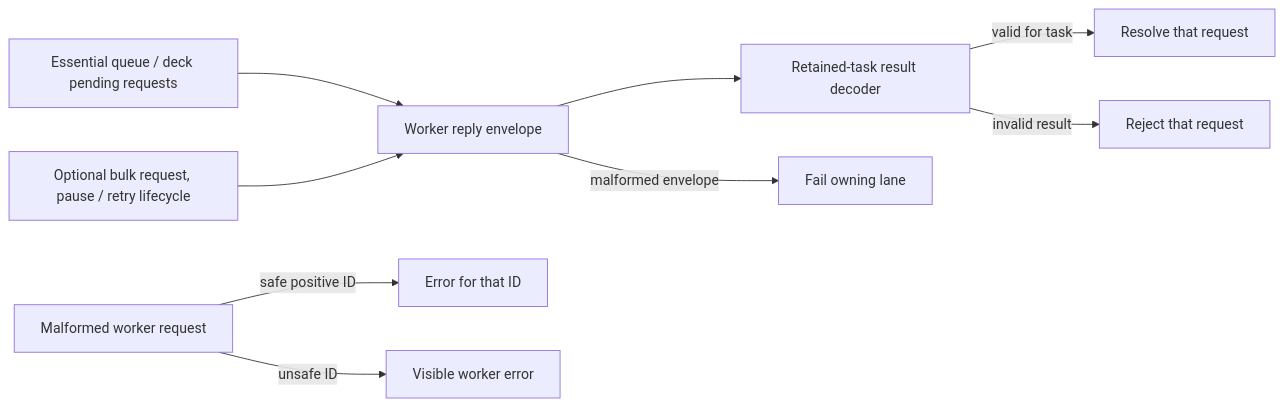
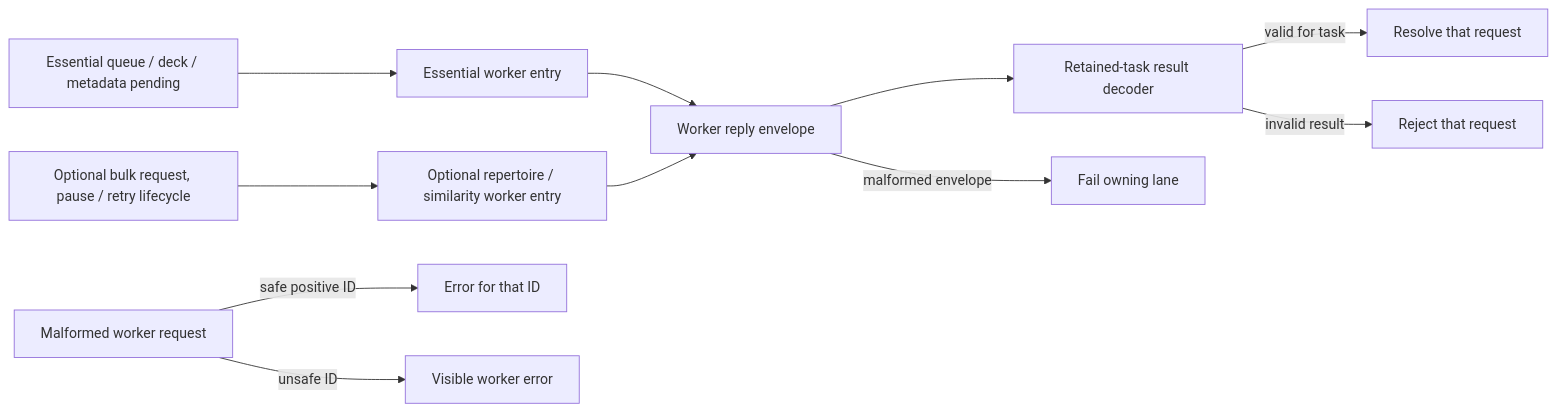
Before and after one commit to aaweaver-actuary/tempo: the diagram in app/lib/README.md, drawn with Mermaid. The commit also changed other lines of this file and 10 other files, not shown here.

Commit message:
Separate essential and optional study worker entries

````diff
--- a/app/lib/README.md
+++ b/app/lib/README.md
@@ -30,11 +30,11 @@
 ```mermaid
 flowchart LR
-  E["Essential queue / deck pending requests"] --> W["Worker reply envelope"]
-  B["Optional bulk request, pause / retry lifecycle"] --> W
+  E["Essential queue / deck / metadata pending"] --> EW["Essential worker entry"] --> W["Worker reply envelope"]
+  B["Optional bulk request, pause / retry lifecycle"] --> BW["Optional repertoire / similarity worker entry"] --> W
   W --> D["Retained-task result decoder"]
   D -->|"valid for task"| R["Resolve that request"]
   D -->|"invalid result"| X["Reject that request"]
   W -->|"malformed envelope"| F["Fail owning lane"]
   Q["Malformed worker request"] -->|"safe positive ID"| H["Error for that ID"]
   Q -->|"unsafe ID"| K["Visible worker error"]
 ```
````
